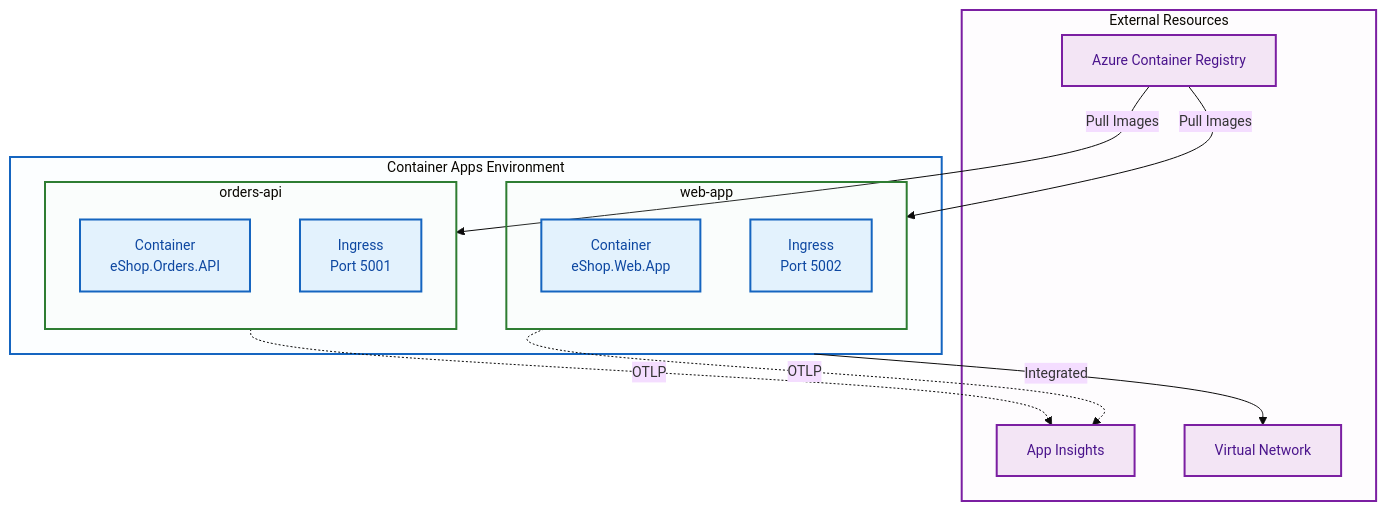
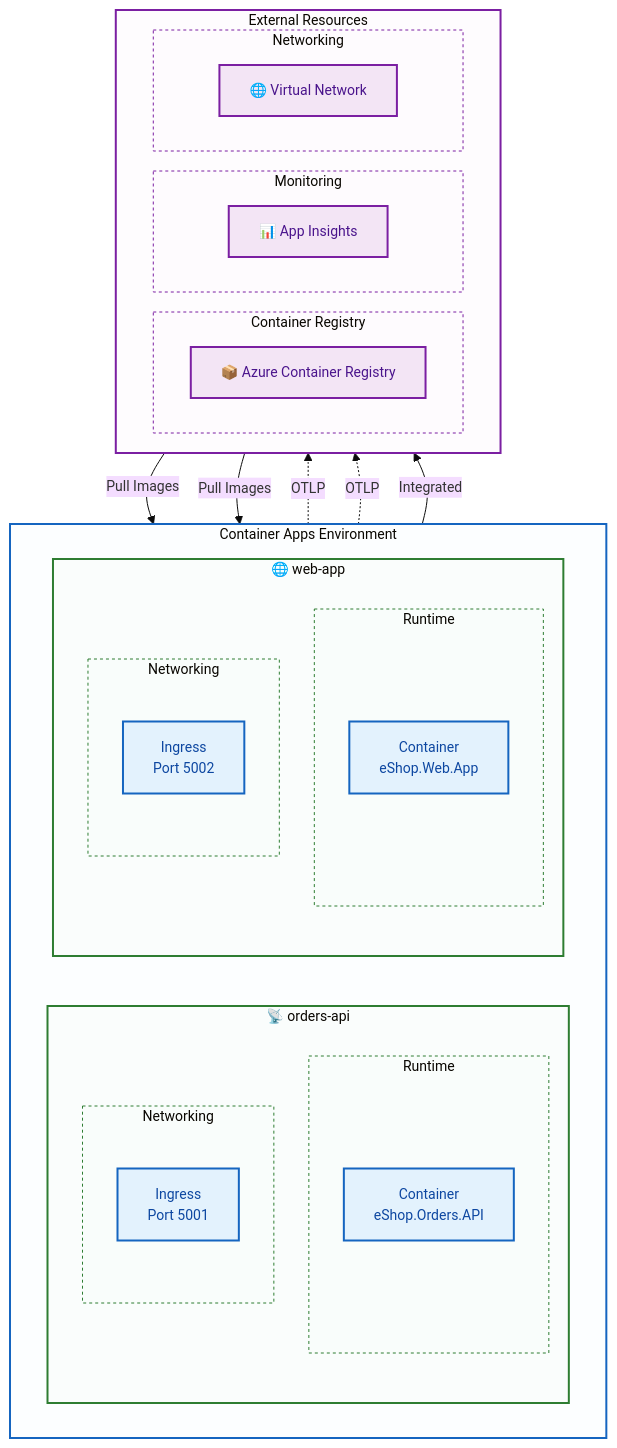
The third of 4 diagrams in docs/architecture/04-technology-architecture.md (Evilazaro/Azure-LogicApps-Monitoring), drawn with Mermaid before and after one commit. The commit also changed other lines of this file, not shown here.

Commit message:
Refactor technology architecture diagrams with improved subgraph organization and styling for enhanced clarity and visual grouping

````diff
--- a/docs/architecture/04-technology-architecture.md
+++ b/docs/architecture/04-technology-architecture.md
@@ -359,42 +416,65 @@
 ```mermaid
 %%{init: {'theme': 'base', 'themeVariables': { 'fontSize': '14px'}}}%%
 flowchart TB
     subgraph CAE["Container Apps Environment"]
-        subgraph API["orders-api"]
+        direction LR
+        subgraph API["📡 orders-api"]
             direction TB
-            API_Container["Container<br/>eShop.Orders.API"]
-            API_Ingress["Ingress<br/>Port 5001"]
+            subgraph APIRuntime["Runtime"]
+                API_Container["Container<br/>eShop.Orders.API"]
+            end
+            subgraph APINetworking["Networking"]
+                API_Ingress["Ingress<br/>Port 5001"]
+            end
         end
         
-        subgraph Web["web-app"]
+        subgraph Web["🌐 web-app"]
             direction TB
-            Web_Container["Container<br/>eShop.Web.App"]
-            Web_Ingress["Ingress<br/>Port 5002"]
+            subgraph WebRuntime["Runtime"]
+                Web_Container["Container<br/>eShop.Web.App"]
+            end
+            subgraph WebNetworking["Networking"]
+                Web_Ingress["Ingress<br/>Port 5002"]
+            end
         end
     end
 
     subgraph External["External Resources"]
-        ACR["Azure Container Registry"]
-        AI["App Insights"]
-        VNet["Virtual Network"]
+        direction LR
+        subgraph Registry["Container Registry"]
+            ACR["📦 Azure Container Registry"]
+        end
+        subgraph Monitoring["Monitoring"]
+            AI["📊 App Insights"]
+        end
+        subgraph Networking["Networking"]
+            VNet["🌐 Virtual Network"]
+        end
     end
 
     ACR -->|"Pull Images"| API_Container
     ACR -->|"Pull Images"| Web_Container
     API_Container -.->|"OTLP"| AI
     Web_Container -.->|"OTLP"| AI
     CAE -->|"Integrated"| VNet
 
     %% Accessible color palette
     classDef container fill:#e3f2fd,stroke:#1565c0,stroke-width:2px,color:#0d47a1
     classDef external fill:#f3e5f5,stroke:#7b1fa2,stroke-width:2px,color:#4a148c
 
     class API_Container,API_Ingress,Web_Container,Web_Ingress container
     class ACR,AI,VNet external
 
     %% Subgraph container styling for visual layer grouping
     style CAE fill:#e3f2fd22,stroke:#1565c0,stroke-width:2px
     style API fill:#e8f5e922,stroke:#2e7d32,stroke-width:2px
     style Web fill:#e8f5e922,stroke:#2e7d32,stroke-width:2px
     style External fill:#f3e5f522,stroke:#7b1fa2,stroke-width:2px
+    style APIRuntime fill:#e8f5e911,stroke:#2e7d32,stroke-width:1px,stroke-dasharray:3
+    style APINetworking fill:#e8f5e911,stroke:#2e7d32,stroke-width:1px,stroke-dasharray:3
+    style WebRuntime fill:#e8f5e911,stroke:#2e7d32,stroke-width:1px,stroke-dasharray:3
+    style WebNetworking fill:#e8f5e911,stroke:#2e7d32,stroke-width:1px,stroke-dasharray:3
+    style Registry fill:#f3e5f511,stroke:#7b1fa2,stroke-width:1px,stroke-dasharray:3
+    style Monitoring fill:#f3e5f511,stroke:#7b1fa2,stroke-width:1px,stroke-dasharray:3
+    style Networking fill:#f3e5f511,stroke:#7b1fa2,stroke-width:1px,stroke-dasharray:3
 ```
````
